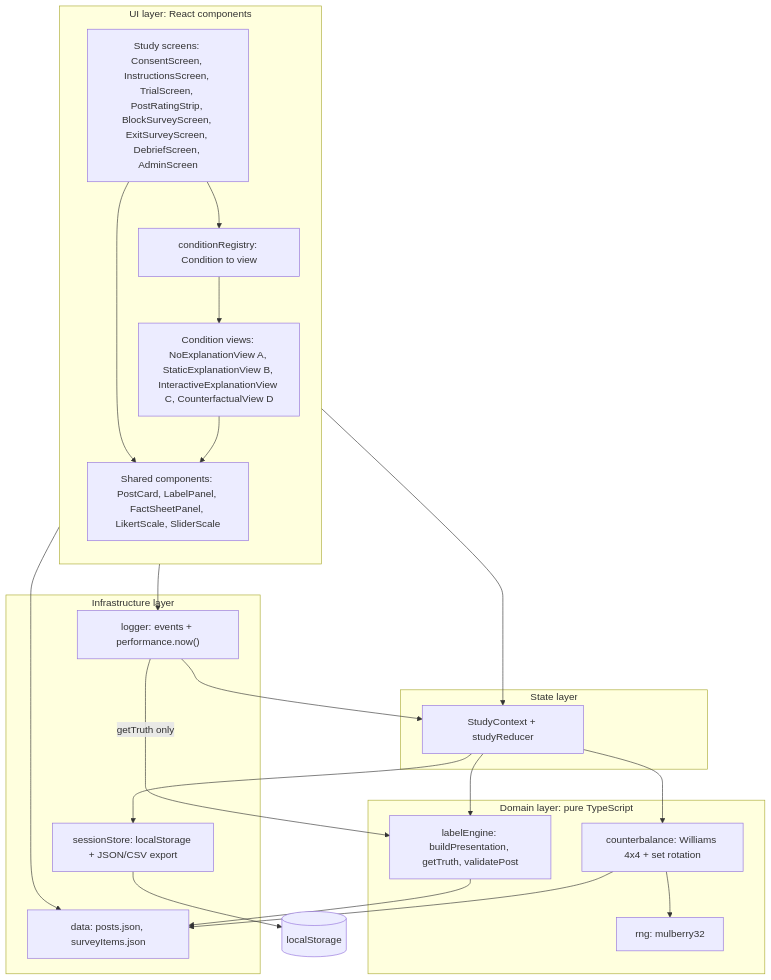
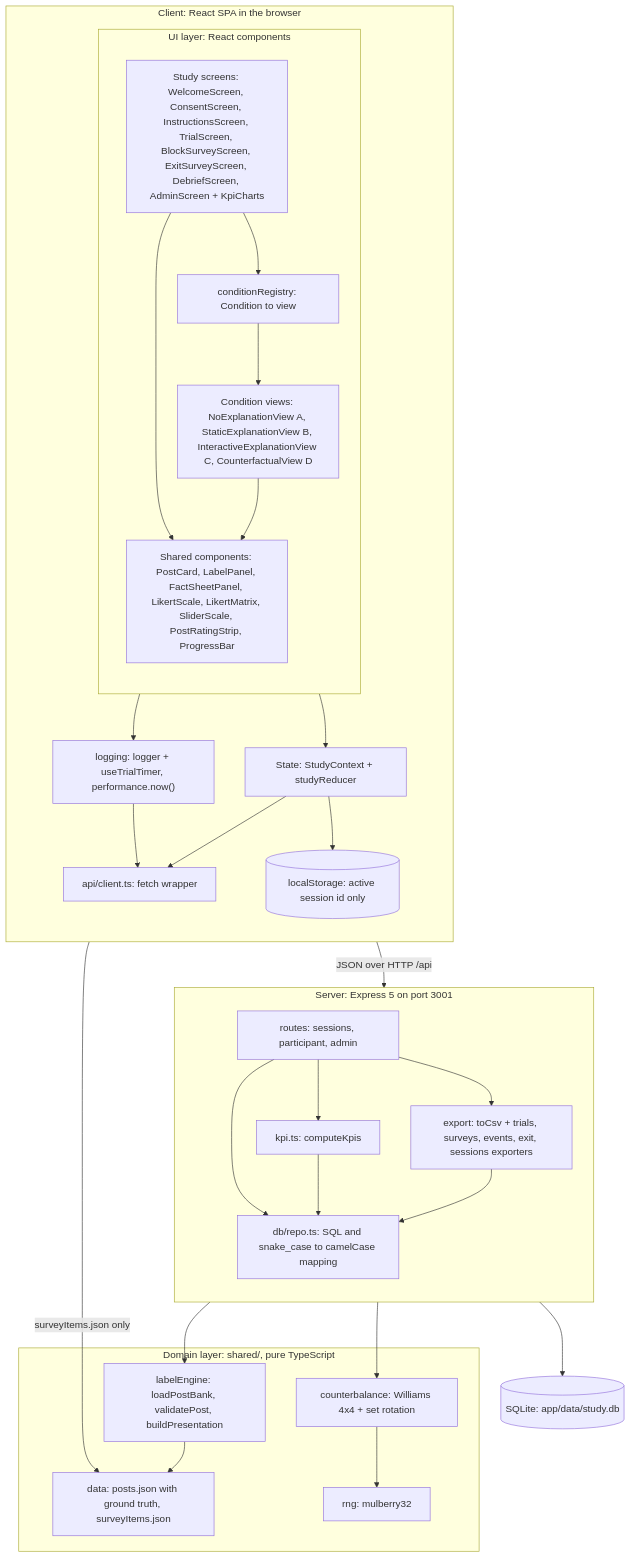
The second of 3 diagrams in docs/architecture.md (bibekgupta3333/HCI), drawn with Mermaid before and after one commit. The commit also changed other lines of this file and 87 other files, not shown here.

````diff
--- a/docs/architecture.md
+++ b/docs/architecture.md
@@ -31,43 +38,53 @@
 ```mermaid
 flowchart TB
-    subgraph UI["UI layer: React components"]
+    subgraph CLIENT["Client: React SPA in the browser"]
         direction TB
-        Screens["Study screens: ConsentScreen, InstructionsScreen, TrialScreen, PostRatingStrip, BlockSurveyScreen, ExitSurveyScreen, DebriefScreen, AdminScreen"]
-        Reg["conditionRegistry: Condition to view"]
-        Cond["Condition views: NoExplanationView A, StaticExplanationView B, InteractiveExplanationView C, CounterfactualView D"]
-        Shared["Shared components: PostCard, LabelPanel, FactSheetPanel, LikertScale, SliderScale"]
-        Screens --> Reg
-        Reg --> Cond
-        Screens --> Shared
-        Cond --> Shared
+        subgraph UI["UI layer: React components"]
+            direction TB
+            Screens["Study screens: WelcomeScreen, ConsentScreen, InstructionsScreen, TrialScreen, BlockSurveyScreen, ExitSurveyScreen, DebriefScreen, AdminScreen + KpiCharts"]
+            Reg["conditionRegistry: Condition to view"]
+            Cond["Condition views: NoExplanationView A, StaticExplanationView B, InteractiveExplanationView C, CounterfactualView D"]
+            Shared["Shared components: PostCard, LabelPanel, FactSheetPanel, LikertScale, LikertMatrix, SliderScale, PostRatingStrip, ProgressBar"]
+            Screens --> Reg
+            Reg --> Cond
+            Screens --> Shared
+            Cond --> Shared
+        end
+        Ctx["State: StudyContext + studyReducer"]
+        LOG["logging: logger + useTrialTimer, performance.now()"]
+        API["api/client.ts: fetch wrapper"]
+        Screens --> Ctx
+        Screens --> LOG
+        Ctx --> API
+        LOG --> API
+        Ctx --> LS[("localStorage: active session id only")]
     end
 
-    subgraph STATE["State layer"]
-        Ctx["StudyContext + studyReducer"]
+    subgraph SERVER["Server: Express 5 on port 3001"]
+        direction TB
+        Routes["routes: sessions, participant, admin"]
+        Repo["db/repo.ts: SQL and snake_case to camelCase mapping"]
+        Exp["export: toCsv + trials, surveys, events, exit, sessions exporters"]
+        KPI["kpi.ts: computeKpis"]
+        Routes --> Repo
+        Routes --> KPI
+        KPI --> Repo
+        Routes --> Exp
+        Exp --> Repo
     end
 
-    subgraph DOMAIN["Domain layer: pure TypeScript"]
-        LE["labelEngine: buildPresentation, getTruth, validatePost"]
+    subgraph DOMAIN["Domain layer: shared/, pure TypeScript"]
+        LE["labelEngine: loadPostBank, validatePost, buildPresentation"]
         CB["counterbalance: Williams 4x4 + set rotation"]
         RNG["rng: mulberry32"]
+        DATA["data: posts.json with ground truth, surveyItems.json"]
         CB --> RNG
+        LE --> DATA
     end
 
-    subgraph INFRA["Infrastructure layer"]
-        LOG["logger: events + performance.now()"]
-        SS["sessionStore: localStorage + JSON/CSV export"]
-        DATA["data: posts.json, surveyItems.json"]
-    end
-
-    Screens --> Ctx
-    Screens --> LOG
-    Ctx --> LE
-    Ctx --> CB
-    Ctx --> SS
-    LOG --> Ctx
-    LOG -->|"getTruth only"| LE
-    LE --> DATA
-    CB --> DATA
-    Screens --> DATA
-    SS --> LS[("localStorage")]
+    API -->|"JSON over HTTP /api"| Routes
+    Routes --> LE
+    Routes --> CB
+    Repo --> DB[("SQLite: app/data/study.db")]
+    Screens -->|"surveyItems.json only"| DATA
 ```
````
